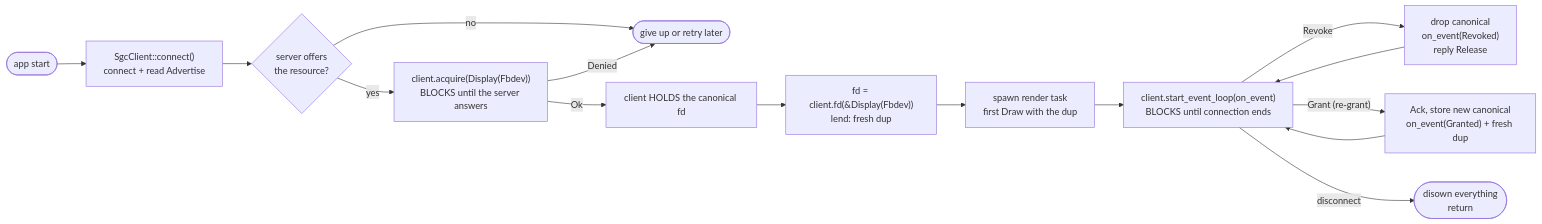
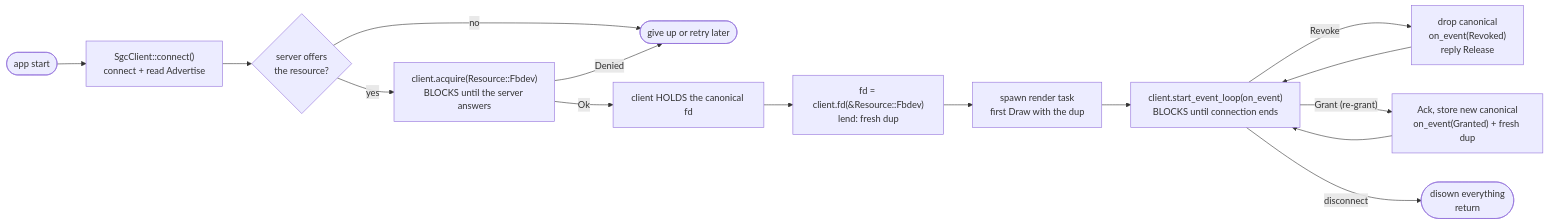
Before and after one commit to lulkien/simple-graphics-controller: the diagram in docs/libsgc-rs.md, drawn with Mermaid. The commit also changed other lines of this file and 3 other files, not shown here.

````diff
--- a/docs/libsgc-rs.md
+++ b/docs/libsgc-rs.md
@@ -102,17 +102,17 @@
 ```mermaid
 flowchart LR
     boot([app start]) --> conn["SgcClient::connect()<br/>connect + read Advertise"]
     conn --> chk{"server offers<br/>the resource?"}
     chk -- no --> giveup([give up or retry later])
-    chk -- yes --> acq["client.acquire(Display(Fbdev))<br/>BLOCKS until the server answers"]
+    chk -- yes --> acq["client.acquire(Resource::Fbdev)<br/>BLOCKS until the server answers"]
     acq -- Denied --> giveup
     acq -- Ok --> hold["client HOLDS the canonical fd"]
-    hold --> lend["fd = client.fd(&Display(Fbdev))<br/>lend: fresh dup"]
+    hold --> lend["fd = client.fd(&Resource::Fbdev)<br/>lend: fresh dup"]
     lend --> spawn["spawn render task<br/>first Draw with the dup"]
     spawn --> evloop["client.start_event_loop(on_event)<br/>BLOCKS until connection ends"]
     evloop -- Revoke --> revoke["drop canonical<br/>on_event(Revoked)<br/>reply Release"]
     revoke --> evloop
     evloop -- "Grant (re-grant)" --> regrant["Ack, store new canonical<br/>on_event(Granted) + fresh dup"]
     regrant --> evloop
     evloop -- disconnect --> done(["disown everything<br/>return"])
 ```
````
